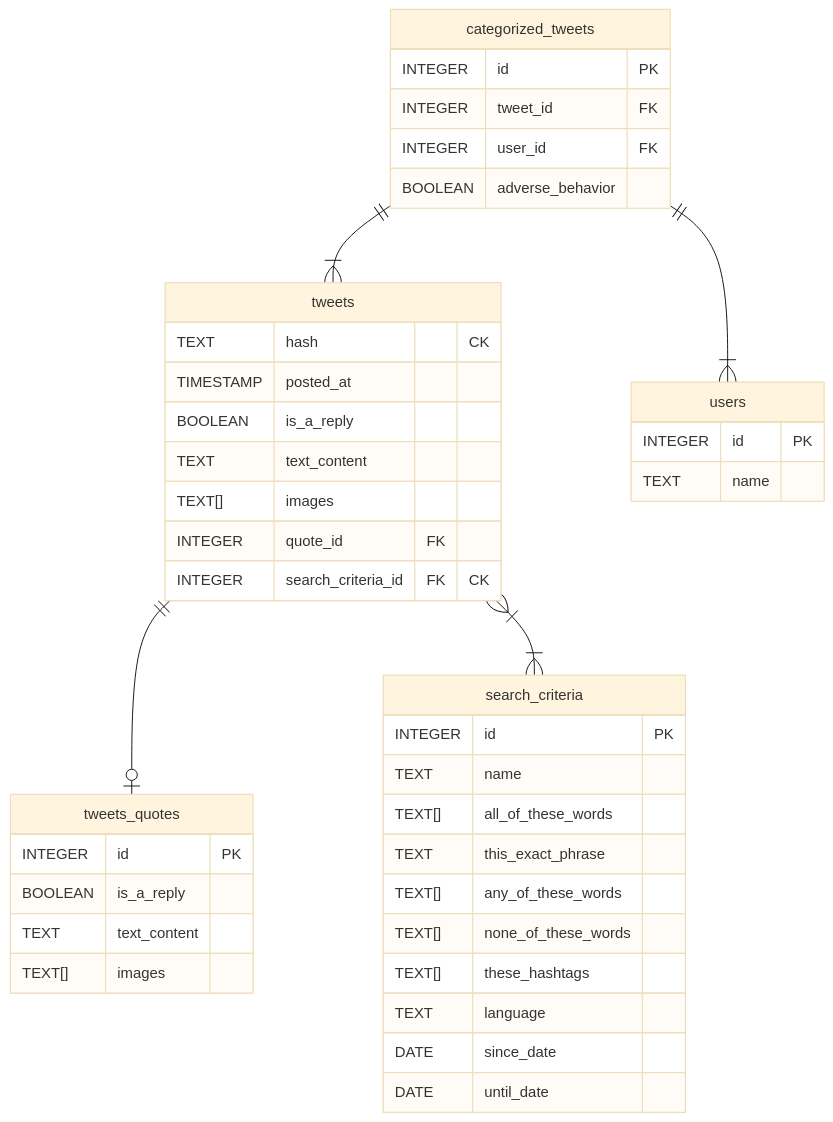
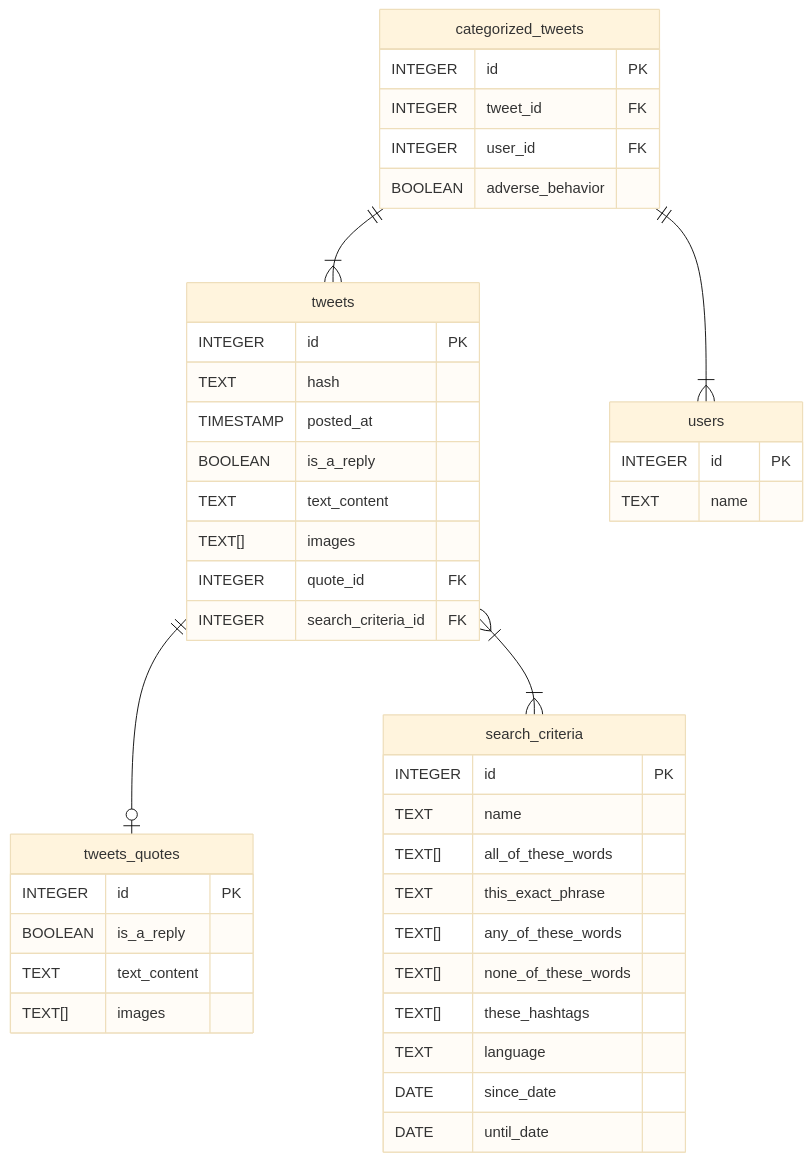
Before and after one commit to lhbelfanti/ahbcc: the diagram in README.md, drawn with Mermaid (base theme).

Commit message:
📝 Updated ERD

````diff
--- a/README.md
+++ b/README.md
@@ -37,44 +37,45 @@
 ```mermaid
 erDiagram
     tweets ||--o| tweets_quotes : ""
     tweets }|--|{ search_criteria : ""
     tweets {
-        TEXT hash "CK"
+        INTEGER id PK
+        TEXT hash
         TIMESTAMP posted_at
         BOOLEAN is_a_reply
         TEXT text_content
         TEXT[] images
         INTEGER quote_id FK
-        INTEGER search_criteria_id FK "CK"
+        INTEGER search_criteria_id FK
     }
     tweets_quotes {
         INTEGER id PK
         BOOLEAN is_a_reply
         TEXT text_content
         TEXT[] images
     }
     search_criteria {
         INTEGER id PK
         TEXT name
         TEXT[] all_of_these_words
         TEXT this_exact_phrase
         TEXT[] any_of_these_words
         TEXT[] none_of_these_words
         TEXT[] these_hashtags
         TEXT language
         DATE since_date
         DATE until_date
     }
     users {
         INTEGER id PK
         TEXT name
     }
     categorized_tweets ||--|{ tweets : ""
     categorized_tweets ||--|{ users : ""
     categorized_tweets {
         INTEGER id PK
         INTEGER tweet_id FK
         INTEGER user_id FK
         BOOLEAN adverse_behavior
     }
 ```
````
